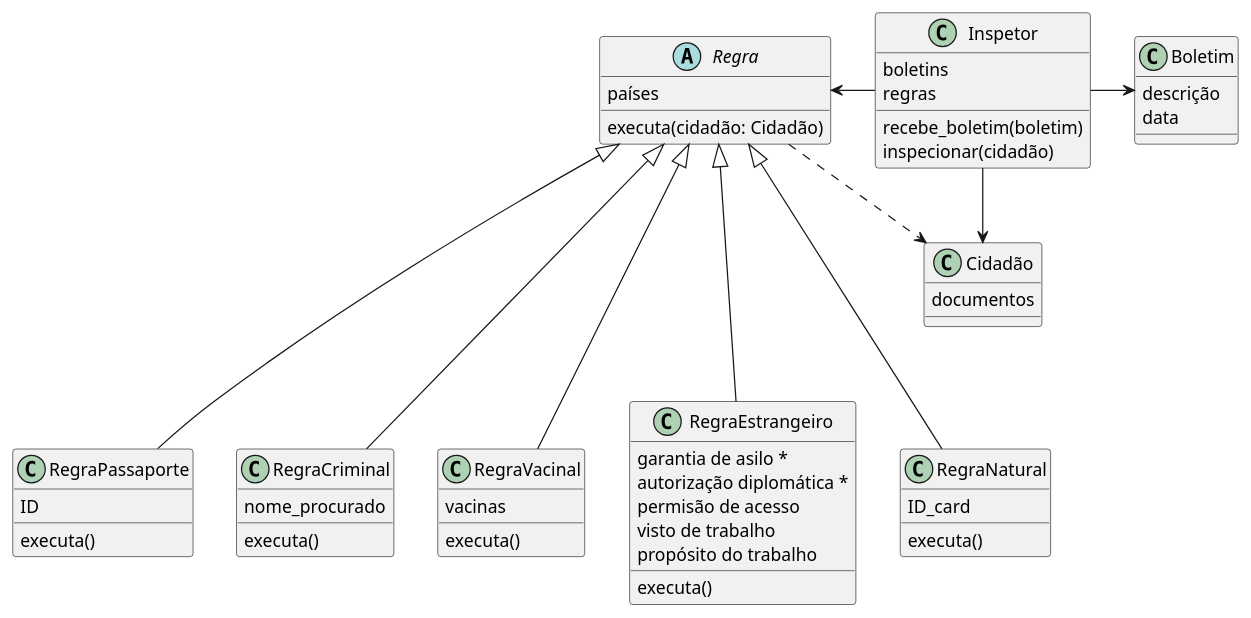
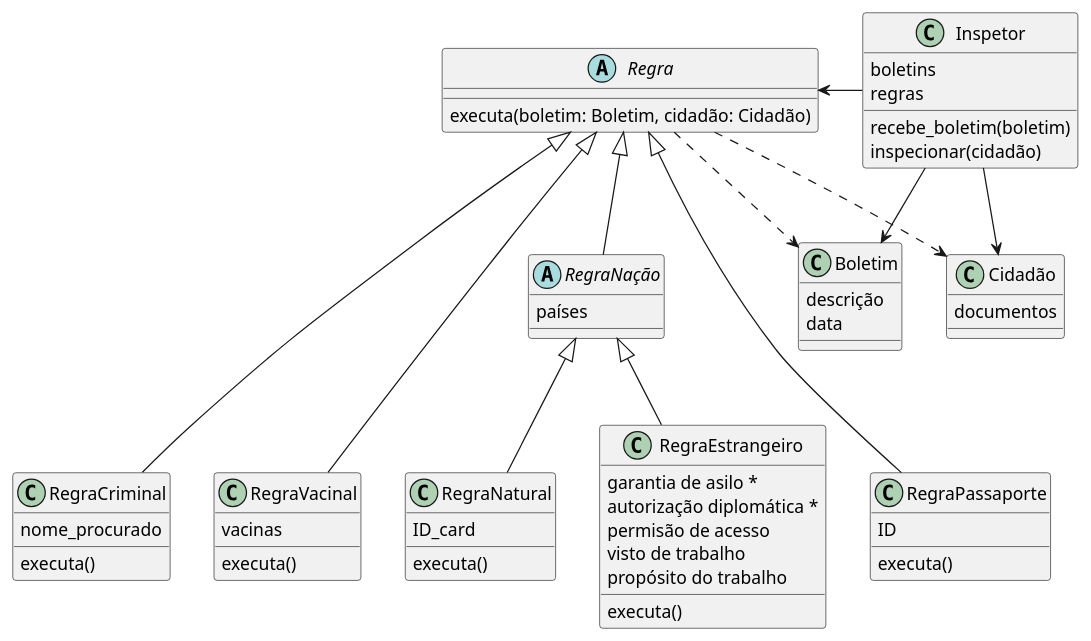
The diagram in scketch.pu (ralphribeiro/papers_please), drawn with PlantUML before and after one commit. The commit also changed 1 other file, not shown here.

Commit message:
cidadão

```diff
--- a/scketch.pu
+++ b/scketch.pu
@@ -1,63 +1,71 @@
 @startuml
 
 class Cidadão{
     documentos
 }
 
 class Boletim{
     descrição
     data
 }
 
 class Inspetor{
     boletins
     regras
     recebe_boletim(boletim)
     inspecionar(cidadão)
 }
 
 abstract Regra{
-    países
-    executa(cidadão: Cidadão)
+    executa(boletim: Boletim, cidadão: Cidadão)
 }
 
+abstract RegraNação{
+    países
+}
 
 class RegraPassaporte{
     ID
     executa()
 }
+
 class RegraCriminal{
     nome_procurado
     executa()
 }
+
 class RegraVacinal{
     vacinas
     executa()
 }
+
 class RegraEstrangeiro{
     garantia de asilo *
     autorização diplomática *
     permisão de acesso
     visto de trabalho
     propósito do trabalho
     executa()
 }
+
 class RegraNatural{
     ID_card
     executa()
 }
 
 Regra ..> Cidadão
+Regra ..> Boletim
 
+Regra <|-- RegraNação
+Regra <|--- RegraCriminal
 Regra <|--- RegraPassaporte
-Regra <|--- RegraCriminal
 Regra <|--- RegraVacinal
-Regra <|--- RegraEstrangeiro
-Regra <|--- RegraNatural
+RegraNação <|-- RegraNatural
+RegraNação <|-- RegraEstrangeiro
 
 Regra <- Inspetor
 
 Inspetor -> Boletim
 Inspetor --> Cidadão
 
 @enduml
```
